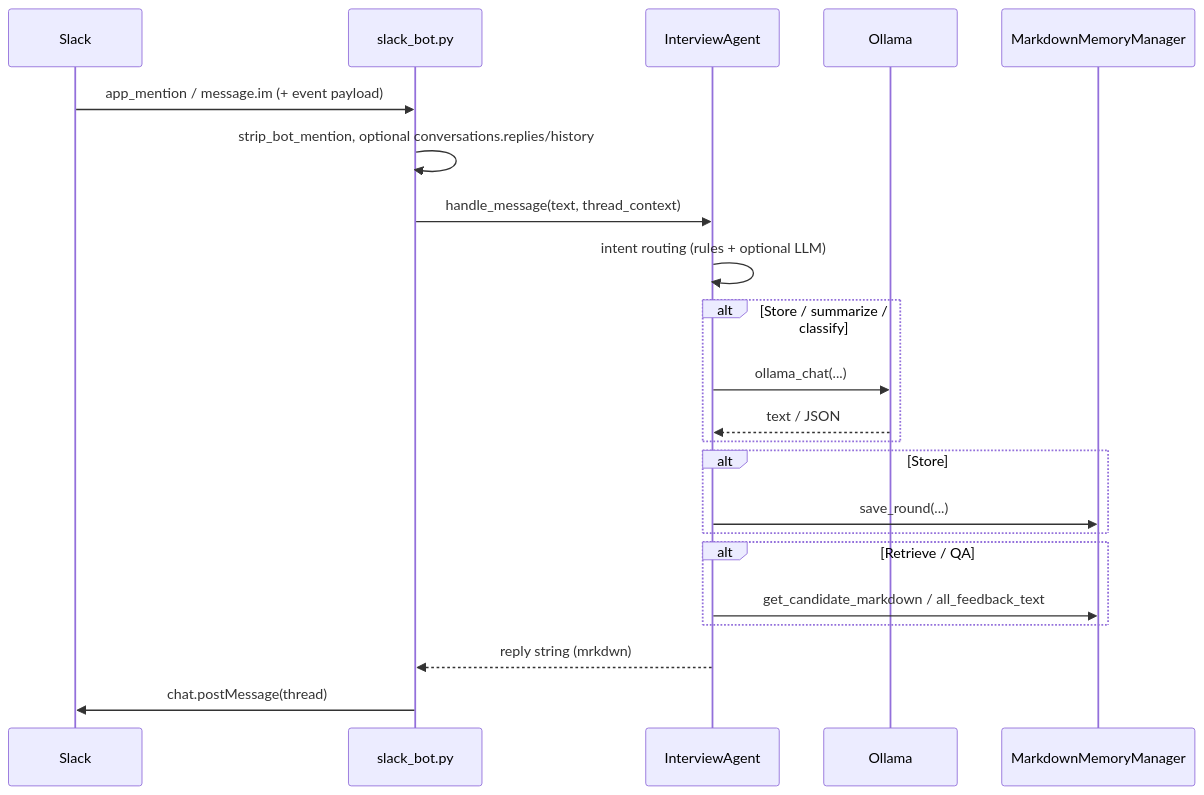
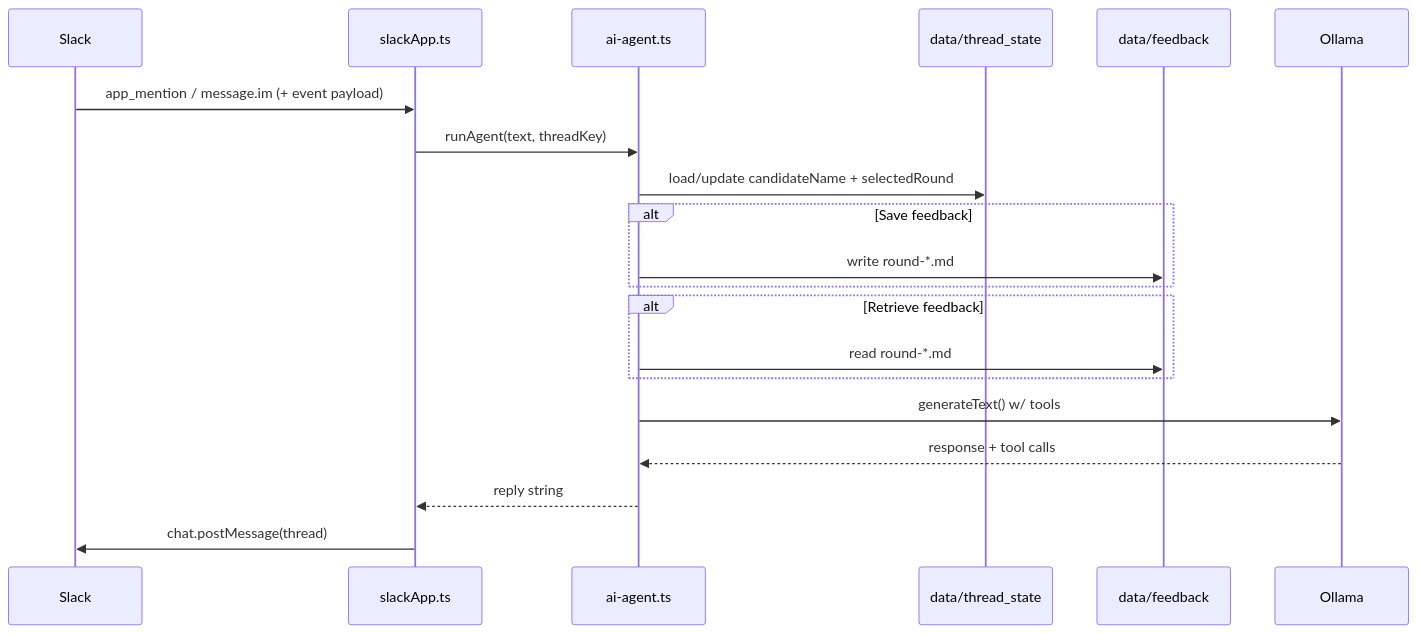
Before and after one commit to aniketsingh98571/Interview-Agent: the second of 2 diagrams in README.md, drawn with Mermaid. The commit also changed other lines of this file and 22 other files, not shown here.

````diff
--- a/README.md
+++ b/README.md
@@ -60,25 +117,23 @@
 ```mermaid
 sequenceDiagram
     participant Slack
-    participant Bolt as slack_bot.py
-    participant Agent as InterviewAgent
+    participant Bolt as slackApp.ts
+    participant Agent as ai-agent.ts
+    participant State as data/thread_state
+    participant Files as data/feedback
     participant Ollama
-    participant Mem as MarkdownMemoryManager
 
     Slack->>Bolt: app_mention / message.im (+ event payload)
-    Bolt->>Bolt: strip_bot_mention, optional conversations.replies/history
-    Bolt->>Agent: handle_message(text, thread_context)
-    Agent->>Agent: intent routing (rules + optional LLM)
-    alt Store / summarize / classify
-        Agent->>Ollama: ollama_chat(...)
-        Ollama-->>Agent: text / JSON
+    Bolt->>Agent: runAgent(text, threadKey)
+    Agent->>State: load/update candidateName + selectedRound
+    alt Save feedback
+        Agent->>Files: write round-*.md
     end
-    alt Store
-        Agent->>Mem: save_round(...)
+    alt Retrieve feedback
+        Agent->>Files: read round-*.md
     end
-    alt Retrieve / QA
-        Agent->>Mem: get_candidate_markdown / all_feedback_text
-    end
-    Agent-->>Bolt: reply string (mrkdwn)
+    Agent->>Ollama: generateText() w/ tools
+    Ollama-->>Agent: response + tool calls
+    Agent-->>Bolt: reply string
     Bolt->>Slack: chat.postMessage(thread)
 ```
````
